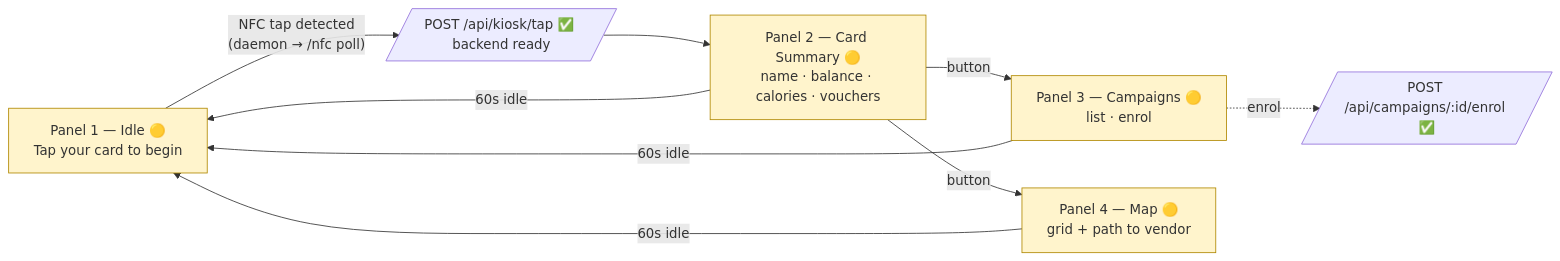
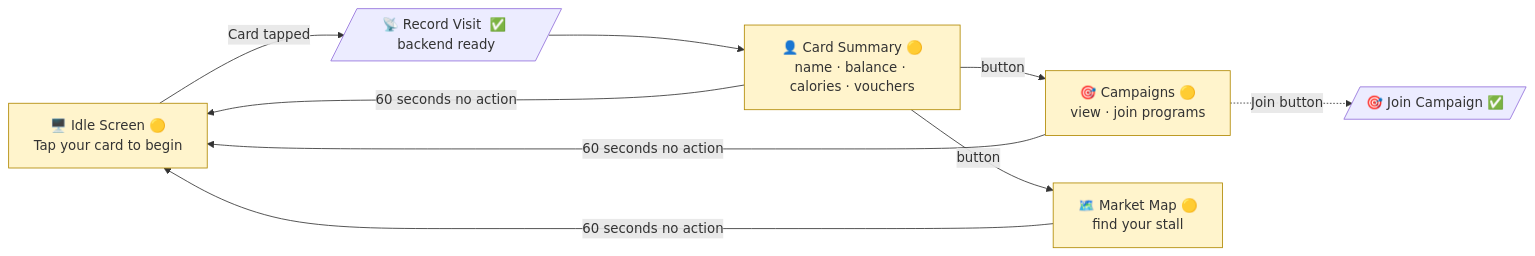
Before and after one commit to GILZ3103/claude_project: the fifth of 12 diagrams in MASTER_v2_refined.md, drawn with Mermaid. The commit also changed other lines of this file, not shown here.

Commit message:
Refine vendor login flow and kiosk journey diagrams for clarity and consistency

````diff
--- a/MASTER_v2_refined.md
+++ b/MASTER_v2_refined.md
@@ -181,17 +181,17 @@
 ```mermaid
 flowchart LR
-    Idle["Panel 1 — Idle 🟡\nTap your card to begin"]
-    Idle -->|"NFC tap detected\n(daemon → /nfc poll)"| KTap[/"POST /api/kiosk/tap ✅ backend ready"/]
-    KTap --> P2["Panel 2 — Card Summary 🟡\nname · balance · calories · vouchers"]
-    P2 -->|button| P3["Panel 3 — Campaigns 🟡\nlist · enrol"]
-    P2 -->|button| P4["Panel 4 — Map 🟡\ngrid + path to vendor"]
-    P3 -.->|enrol| Enrol2[/"POST /api/campaigns/:id/enrol ✅"/]
-    P2 -->|60s idle| Idle
-    P3 -->|60s idle| Idle
-    P4 -->|60s idle| Idle
+    Idle["🖥️ Idle Screen 🟡\nTap your card to begin"]
+    Idle -->|"Card tapped"| KTap[/"📡 Record Visit  ✅ backend ready"/]
+    KTap --> P2["👤 Card Summary 🟡\nname · balance · calories · vouchers"]
+    P2 -->|button| P3["🎯 Campaigns 🟡\nview · join programs"]
+    P2 -->|button| P4["🗺️ Market Map 🟡\nfind your stall"]
+    P3 -.->|"Join button"| Enrol2[/"🎯 Join Campaign  ✅"/]
+    P2 -->|"60 seconds no action"| Idle
+    P3 -->|"60 seconds no action"| Idle
+    P4 -->|"60 seconds no action"| Idle
 
     style Idle fill:#fff4cc,stroke:#b08800
     style P2 fill:#fff4cc,stroke:#b08800
     style P3 fill:#fff4cc,stroke:#b08800
     style P4 fill:#fff4cc,stroke:#b08800
 ```
````
